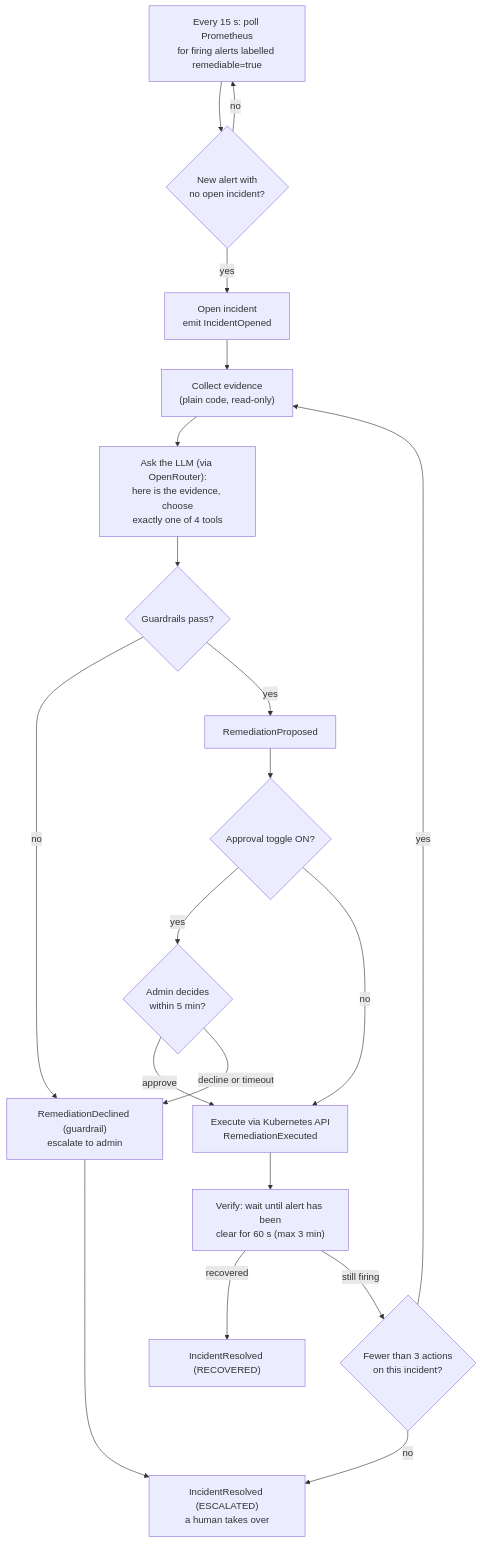
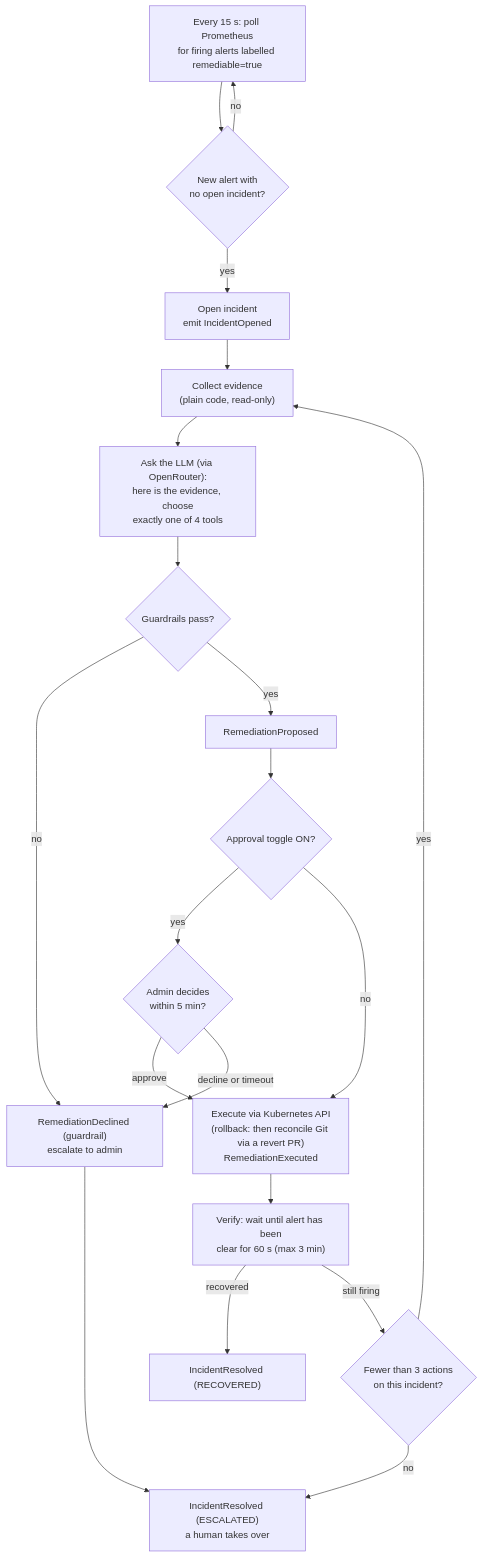
One commit to Kaizer-1/CircuitBreaker changed the diagram in docs/03-architecture/05-sre-agent-design.md. Above: the diagram before and after it, drawn with Mermaid. The commit also changed other lines of this file and 12 other files, not shown here.

Commit message:
docs(sre-agent): rollback mitigates in cluster then opens git revert PR (ADR-0016)

````diff
--- a/docs/03-architecture/05-sre-agent-design.md
+++ b/docs/03-architecture/05-sre-agent-design.md
@@ -19,22 +19,22 @@
 ```mermaid
 flowchart TD
     A["Every 15 s: poll Prometheus<br/>for firing alerts labelled remediable=true"] --> B{"New alert with<br/>no open incident?"}
     B -- no --> A
     B -- yes --> C["Open incident<br/>emit IncidentOpened"]
     C --> D["Collect evidence<br/>(plain code, read-only)"]
     D --> E["Ask the LLM (via OpenRouter):<br/>here is the evidence, choose<br/>exactly one of 4 tools"]
     E --> F{"Guardrails pass?"}
     F -- no --> G["RemediationDeclined (guardrail)<br/>escalate to admin"]
     F -- yes --> H["RemediationProposed"]
     H --> I{"Approval toggle ON?"}
     I -- yes --> J{"Admin decides<br/>within 5 min?"}
     J -- approve --> K
     J -- decline or timeout --> G
-    I -- no --> K["Execute via Kubernetes API<br/>RemediationExecuted"]
+    I -- no --> K["Execute via Kubernetes API<br/>(rollback: then reconcile Git via a revert PR)<br/>RemediationExecuted"]
     K --> L["Verify: wait until alert has been<br/>clear for 60 s (max 3 min)"]
     L -- recovered --> M["IncidentResolved (RECOVERED)"]
     L -- still firing --> N{"Fewer than 3 actions<br/>on this incident?"}
     N -- yes --> D
     N -- no --> O["IncidentResolved (ESCALATED)<br/>a human takes over"]
     G --> O
 ```
````
